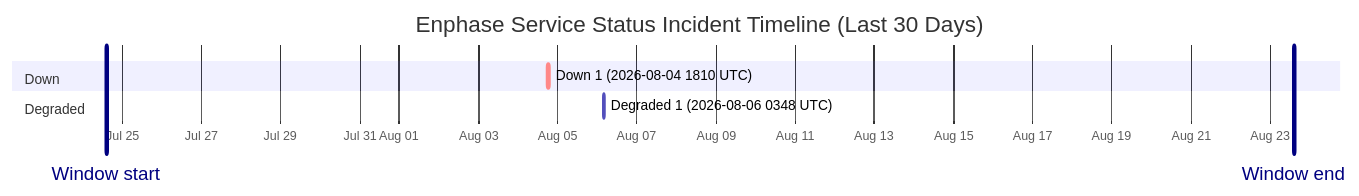
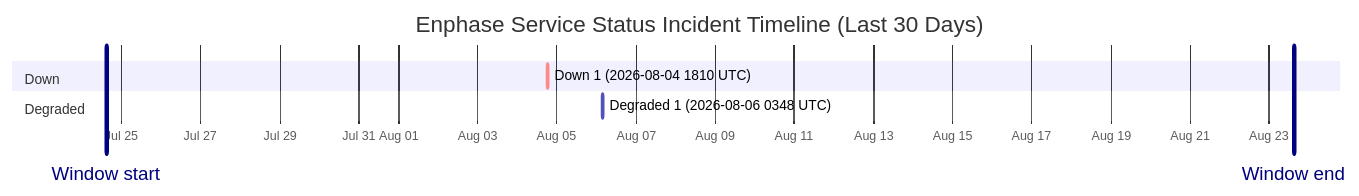
The diagram in wiki/Service-Status-History.md (barneyonline/ha-enphase-energy), drawn with Mermaid before and after one commit. The commit also changed other lines of this file and 3 other files, not shown here.

````diff
--- a/wiki/Service-Status-History.md
+++ b/wiki/Service-Status-History.md
@@ -14,12 +14,12 @@
 ```mermaid
 gantt
     title Enphase Service Status Incident Timeline (Last 30 Days)
     dateFormat  YYYY-MM-DDTHH:mm:ss
     axisFormat  %b %d
-    Window start :vert, window-start, 2026-07-24T14:20:53, 0ms
-    Window end :vert, window-end, 2026-08-23T14:20:53, 0ms
+    Window start :vert, window-start, 2026-07-24T14:49:00, 0ms
+    Window end :vert, window-end, 2026-08-23T14:49:00, 0ms
     section Down
     Down 1 (2026-08-04 1810 UTC) :crit, down-1, 2026-08-04T18:10:46, 60m
     section Degraded
     Degraded 1 (2026-08-06 0348 UTC) :active, degraded-1, 2026-08-06T03:48:14, 60m
 ```
````
